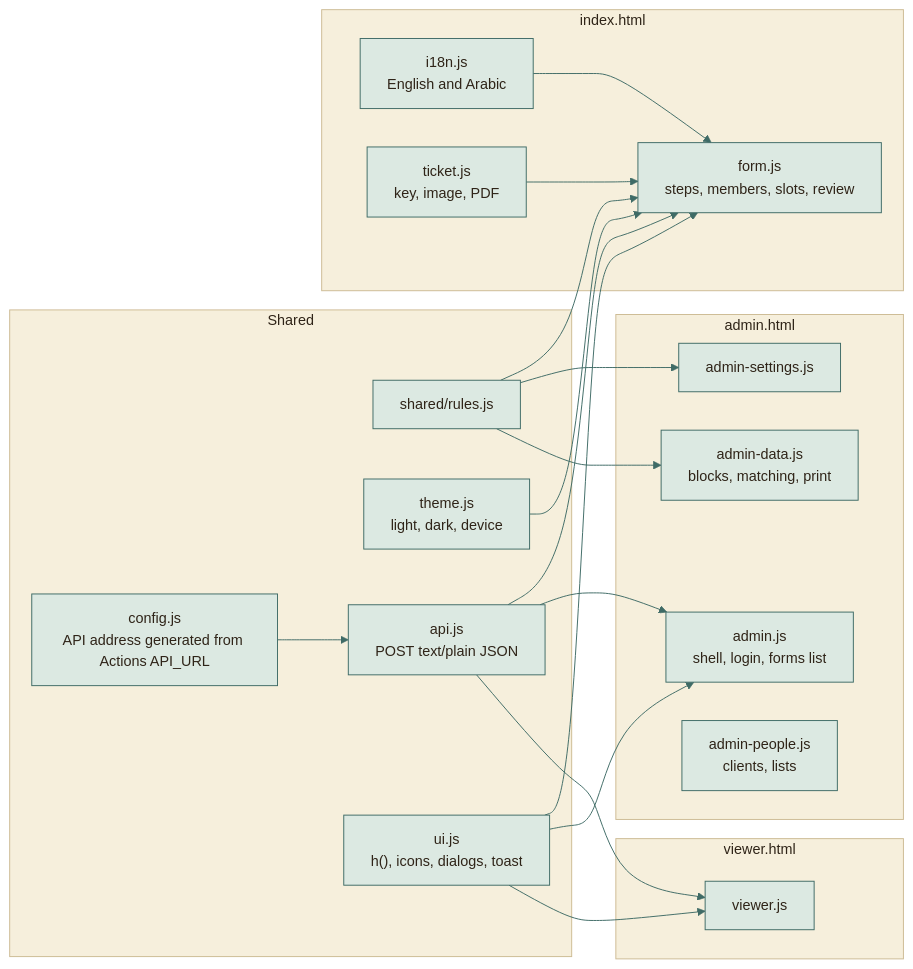
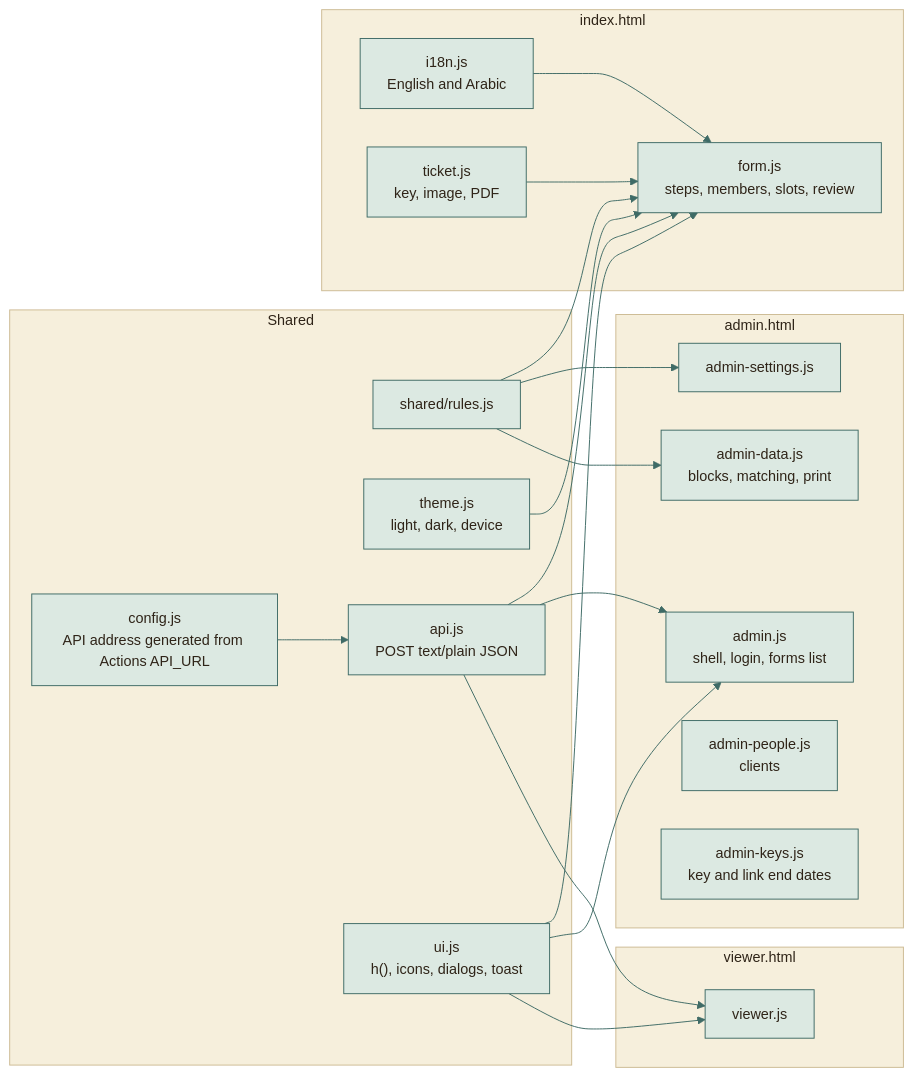
Before and after one commit to moyeh04/forms-platform: the tenth of 12 diagrams in docs/architecture/ARCHITECTURE.md, drawn with Mermaid. The commit also changed other lines of this file and 6 other files, not shown here.

Commit message:
docs: Describe access keys, link end dates and extending keys

````diff
--- a/docs/architecture/ARCHITECTURE.md
+++ b/docs/architecture/ARCHITECTURE.md
@@ -620,65 +632,66 @@
 ```mermaid
 %%{init: {
   'theme': 'base',
   'themeVariables': {
     'fontFamily': 'ui-sans-serif, system-ui, -apple-system, Segoe UI, Roboto, sans-serif',
     'fontSize': '15px',
     'primaryColor': '#DCE9E2', 'primaryBorderColor': '#3F6B66', 'primaryTextColor': '#2F2418',
     'secondaryColor': '#F0E4C8', 'secondaryBorderColor': '#C9A24A', 'secondaryTextColor': '#2F2418',
     'tertiaryColor': '#F6EFDC', 'tertiaryBorderColor': '#CDBB94', 'tertiaryTextColor': '#2F2418',
     'lineColor': '#3F6B66', 'textColor': '#2F2418', 'mainBkg': '#DCE9E2', 'nodeBorder': '#3F6B66',
     'clusterBkg': '#F6EFDC', 'clusterBorder': '#CDBB94', 'titleColor': '#2F2418',
     'edgeLabelBackground': '#F8F1DD',
     'actorBkg': '#DCE9E2', 'actorBorder': '#3F6B66', 'actorTextColor': '#2F2418', 'actorLineColor': '#8FB3AB',
     'signalColor': '#477A73', 'signalTextColor': '#477A73',
     'labelBoxBkgColor': '#F0E4C8', 'labelBoxBorderColor': '#C9A24A', 'labelTextColor': '#2F2418', 'loopTextColor': '#6A5A44',
     'noteBkgColor': '#FBEFC9', 'noteBorderColor': '#C9A24A', 'noteTextColor': '#2F2418',
     'activationBkgColor': '#DCE9E2', 'activationBorderColor': '#3F6B66', 'sequenceNumberColor': '#F8F1DD',
     'transitionColor': '#3F6B66', 'stateLabelColor': '#2F2418', 'stateBkg': '#DCE9E2', 'altBackground': '#F6EFDC',
     'attributeBackgroundColorOdd': '#F8F1DD', 'attributeBackgroundColorEven': '#F0E4C8'
   },
   'flowchart': {'curve': 'basis', 'padding': 14, 'nodeSpacing': 40, 'rankSpacing': 46},
   'sequence': {'mirrorActors': false, 'messageMargin': 34, 'boxMargin': 8}
 }}%%
 flowchart LR
     subgraph shared["Shared"]
         cfg["config.js<br/>API address generated from Actions API_URL"]
         rl["shared/rules.js"]
         th["theme.js<br/>light, dark, device"]
         api["api.js<br/>POST text/plain JSON"]
         ui["ui.js<br/>h(), icons, dialogs, toast"]
     end
     subgraph student["index.html"]
         i18n["i18n.js<br/>English and Arabic"]
         tk["ticket.js<br/>key, image, PDF"]
         fm["form.js<br/>steps, members, slots, review"]
     end
     subgraph adminp["admin.html"]
         a1["admin.js<br/>shell, login, forms list"]
         a2["admin-settings.js"]
         a3["admin-data.js<br/>blocks, matching, print"]
-        a4["admin-people.js<br/>clients, lists"]
+        a4["admin-people.js<br/>clients"]
+        a5["admin-keys.js<br/>key and link end dates"]
     end
     subgraph viewerp["viewer.html"]
         v1["viewer.js"]
     end
     cfg --> api
     api --> fm
     api --> a1
     api --> v1
     rl --> fm
     rl --> a2
     rl --> a3
     ui --> fm
     ui --> a1
     ui --> v1
     th --> fm
     i18n --> fm
     tk --> fm
     classDef cDb fill:#F3E2B3,stroke:#B8892D,stroke-width:1.5px,color:#2F2418
     classDef cActor fill:#F4D9D3,stroke:#9A3328,stroke-width:1.5px,color:#2F2418
     classDef cDec fill:#FBEFC9,stroke:#C9A24A,stroke-width:1.5px,color:#2F2418
     classDef cEnd fill:#2F2418,stroke:#2F2418,color:#F8F1DD
     classDef cErr fill:#F6D5CF,stroke:#A12B1F,stroke-width:1.5px,color:#5A140C
     classDef cOk fill:#BFD9CF,stroke:#2E5A55,stroke-width:1.5px,color:#17302D
 ```
````
